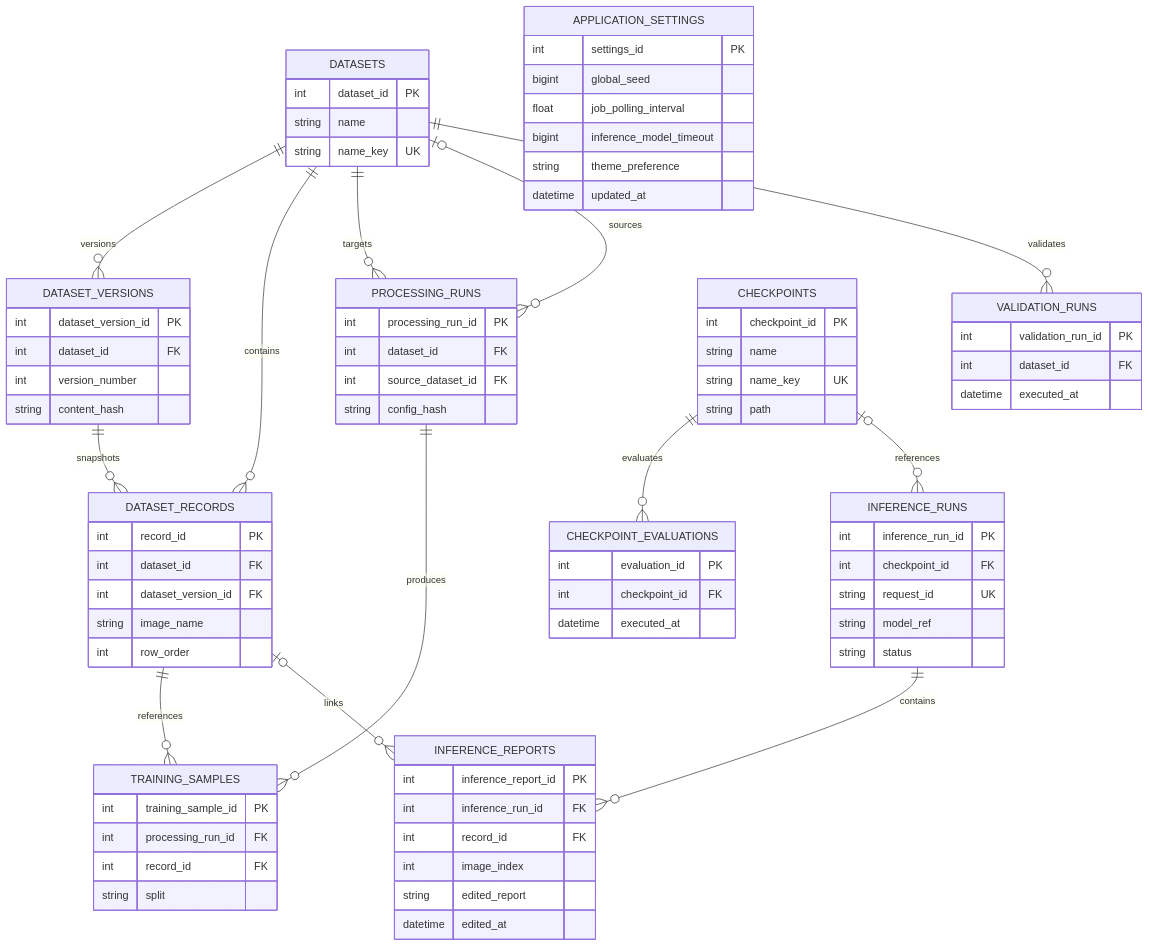
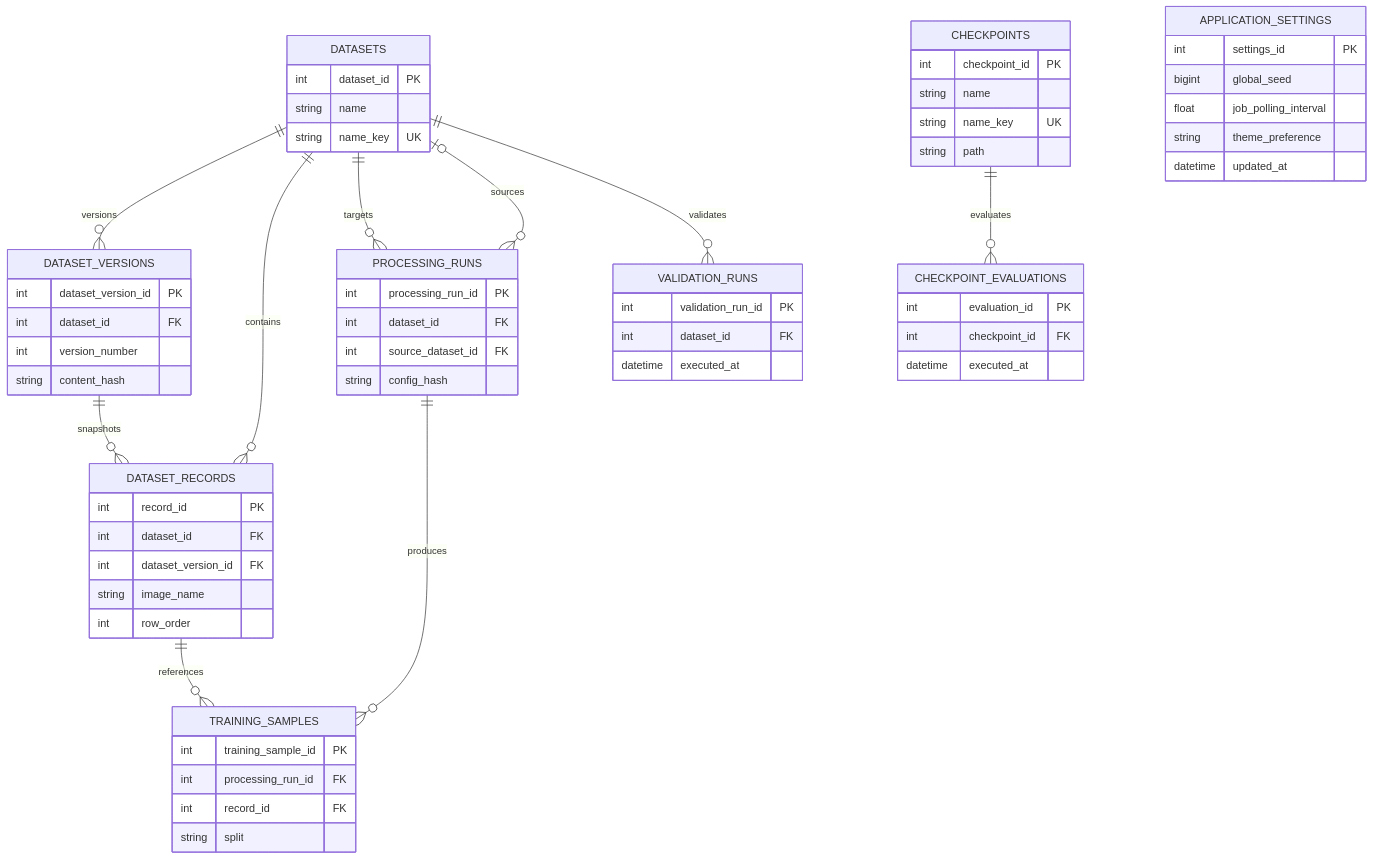
One commit to CTCycle/XREPORT-radiological-reports-generator changed the first of 2 diagrams in assets/docs/architecture/persistence.md. Above: the diagram before and after it, drawn with Mermaid. The commit also changed other lines of this file and 5 other files, not shown here.

Commit message:
docs: record separated database schemas and validation evidence

````diff
--- a/assets/docs/architecture/persistence.md
+++ b/assets/docs/architecture/persistence.md
@@ -144,26 +172,10 @@
         int checkpoint_id FK
         datetime executed_at
     }
-    INFERENCE_RUNS {
-        int inference_run_id PK
-        int checkpoint_id FK
-        string request_id UK
-        string model_ref
-        string status
-    }
-    INFERENCE_REPORTS {
-        int inference_report_id PK
-        int inference_run_id FK
-        int record_id FK
-        int image_index
-        string edited_report
-        datetime edited_at
-    }
     APPLICATION_SETTINGS {
         int settings_id PK
         bigint global_seed
         float job_polling_interval
-        bigint inference_model_timeout
         string theme_preference
         datetime updated_at
     }
@@ -177,7 +189,4 @@
     DATASET_RECORDS ||--o{ TRAINING_SAMPLES : references
     DATASETS ||--o{ VALIDATION_RUNS : validates
     CHECKPOINTS ||--o{ CHECKPOINT_EVALUATIONS : evaluates
-    CHECKPOINTS o|--o{ INFERENCE_RUNS : references
-    INFERENCE_RUNS ||--o{ INFERENCE_REPORTS : contains
-    DATASET_RECORDS o|--o{ INFERENCE_REPORTS : links
 ```
````
